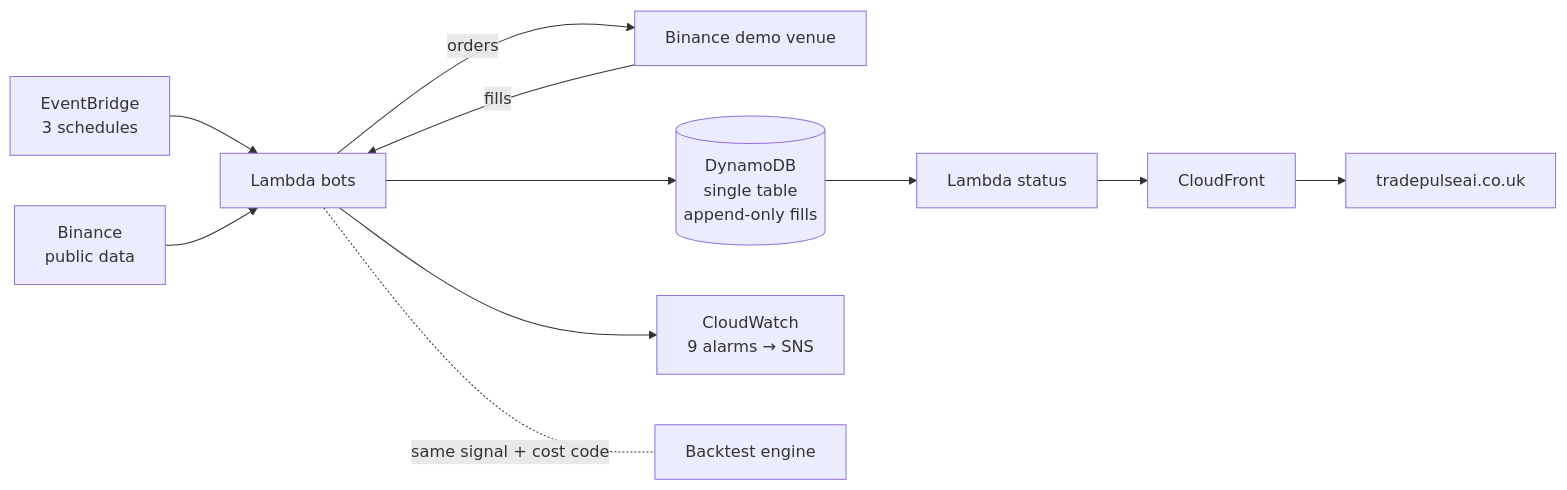
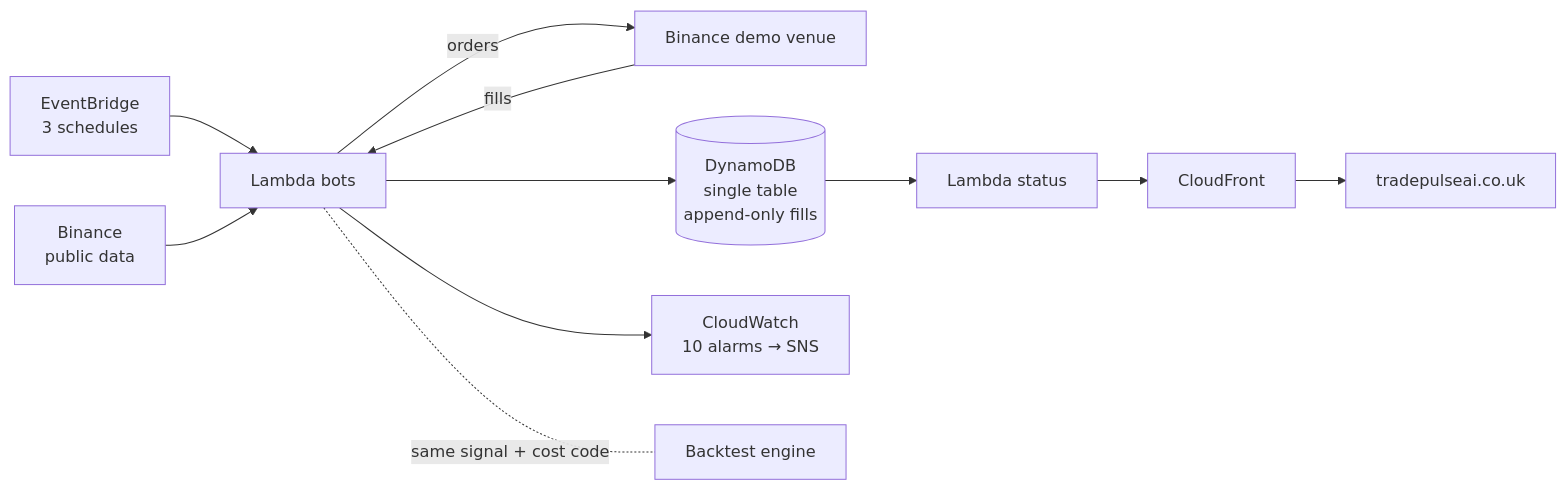
The diagram in README.md (KrisRz/TradePulse.AI), drawn with Mermaid before and after one commit. The commit also changed 1 other file, not shown here.

Commit message:
🔢 Strona i README: liczby infrastruktury zgodne ze stanem na 2026-09-16
Zmierzone, nie przepisane z pamięci: 10 alarmów CloudWatch (alarm haltu
kill-switcha doszedł 2026-09-05), 88 zasobów zarządzanych w dwóch rootach
Terraform (63 + 25, bez data source'ów), trzy Lambdy na harmonogramie i dwa
endpointy tylko do odczytu. Wdrożone; na żywo etykieta diagramu mieści się
w ramce (146/180 px).

````diff
--- a/README.md
+++ b/README.md
@@ -38,12 +38,12 @@
 ```mermaid
 flowchart LR
     EB[EventBridge<br/>3 schedules] --> L[Lambda bots]
     B[Binance<br/>public data] --> L
     L -->|orders| V[Binance demo venue]
     V -->|fills| L
     L --> D[(DynamoDB<br/>single table<br/>append-only fills)]
-    L --> CW[CloudWatch<br/>9 alarms → SNS]
+    L --> CW[CloudWatch<br/>10 alarms → SNS]
     D --> ST[Lambda status]
     ST --> CF[CloudFront] --> W[tradepulseai.co.uk]
     L -. same signal + cost code .- BT[Backtest engine]
 ```
````
